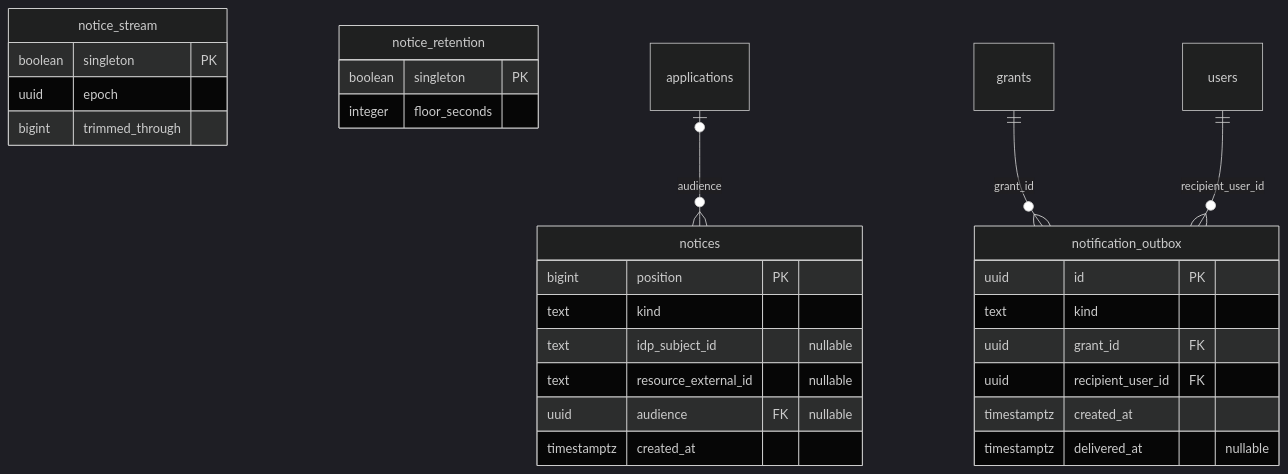
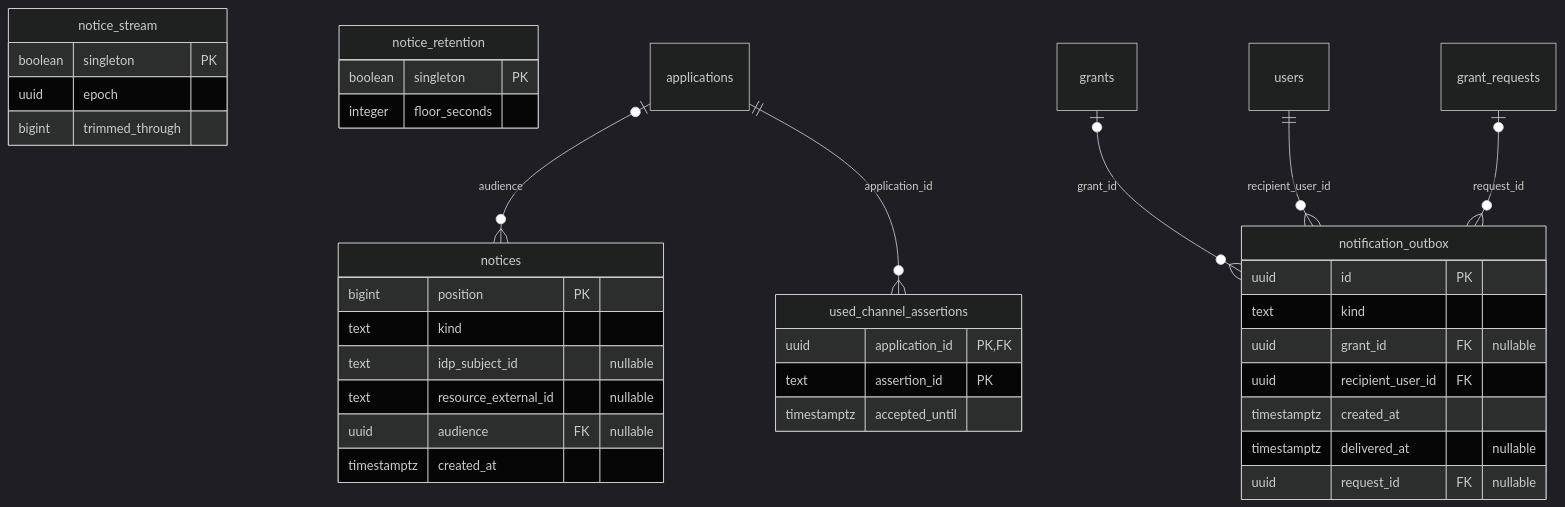
One commit to overture-stack/usher changed the ninth of 12 diagrams in .dev/design/schema-diagrams.md. Above: the diagram before and after it, drawn with Mermaid (dark theme). The commit also changed other lines of this file and 109 other files, not shown here.

````diff
--- a/.dev/design/schema-diagrams.md
+++ b/.dev/design/schema-diagrams.md
@@ -283,31 +325,39 @@
 ```mermaid
 erDiagram
   notices {
     bigint position PK
     text kind
     text idp_subject_id "nullable"
     text resource_external_id "nullable"
     uuid audience FK "nullable"
     timestamptz created_at
   }
   notice_stream {
     boolean singleton PK
     uuid epoch
     bigint trimmed_through
   }
   notice_retention {
     boolean singleton PK
     integer floor_seconds
   }
   notification_outbox {
     uuid id PK
     text kind
-    uuid grant_id FK
+    uuid grant_id FK "nullable"
     uuid recipient_user_id FK
     timestamptz created_at
     timestamptz delivered_at "nullable"
+    uuid request_id FK "nullable"
+  }
+  used_channel_assertions {
+    uuid application_id PK, FK
+    text assertion_id PK
+    timestamptz accepted_until
   }
   applications |o--o{ notices : "audience"
-  grants ||--o{ notification_outbox : "grant_id"
+  grants |o--o{ notification_outbox : "grant_id"
   users ||--o{ notification_outbox : "recipient_user_id"
+  grant_requests |o--o{ notification_outbox : "request_id"
+  applications ||--o{ used_channel_assertions : "application_id"
 ```
````
